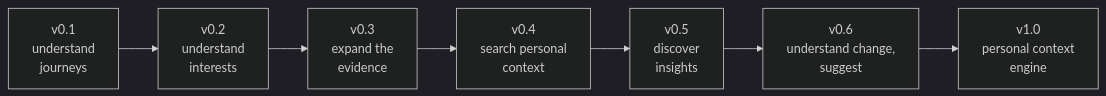
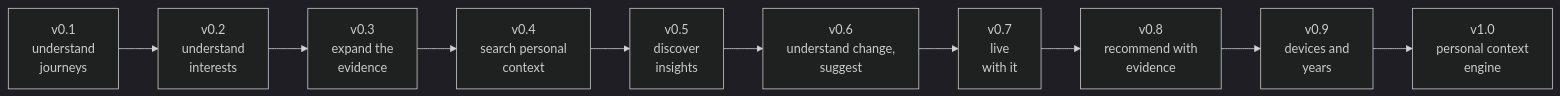
Before and after one commit to Nananananana/kiseki: the fourth of 4 diagrams in README.md, drawn with Mermaid (dark theme). The commit also changed other lines of this file and 1 other file, not shown here.

Commit message:
docs: the road past v0.6 (proposals/0005)

````diff
--- a/README.md
+++ b/README.md
@@ -369,9 +369,12 @@
 ```mermaid
 flowchart LR
     V1["v0.1<br/>understand<br/>journeys"] --> V2["v0.2<br/>understand<br/>interests"]
     V2 --> V3["v0.3<br/>expand the<br/>evidence"]
     V3 --> V4["v0.4<br/>search personal<br/>context"]
     V4 --> V5["v0.5<br/>discover<br/>insights"]
     V5 --> V6["v0.6<br/>understand change,<br/>suggest"]
-    V6 --> V10["v1.0<br/>personal context<br/>engine"]
+    V6 --> V7["v0.7<br/>live<br/>with it"]
+    V7 --> V8["v0.8<br/>recommend with<br/>evidence"]
+    V8 --> V9["v0.9<br/>devices and<br/>years"]
+    V9 --> V10["v1.0<br/>personal context<br/>engine"]
 ```
````
